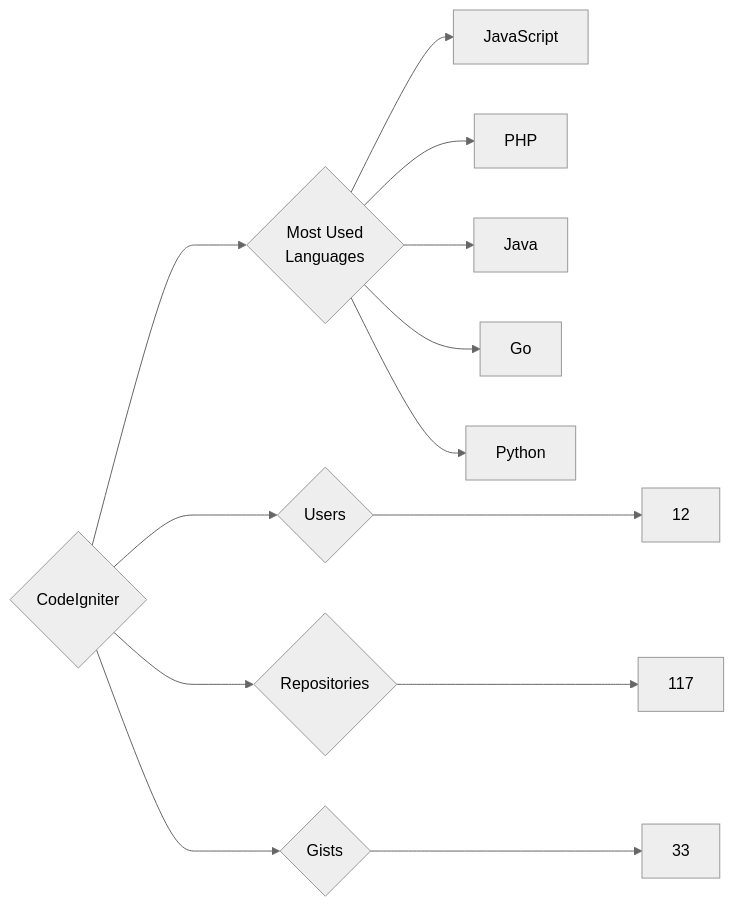
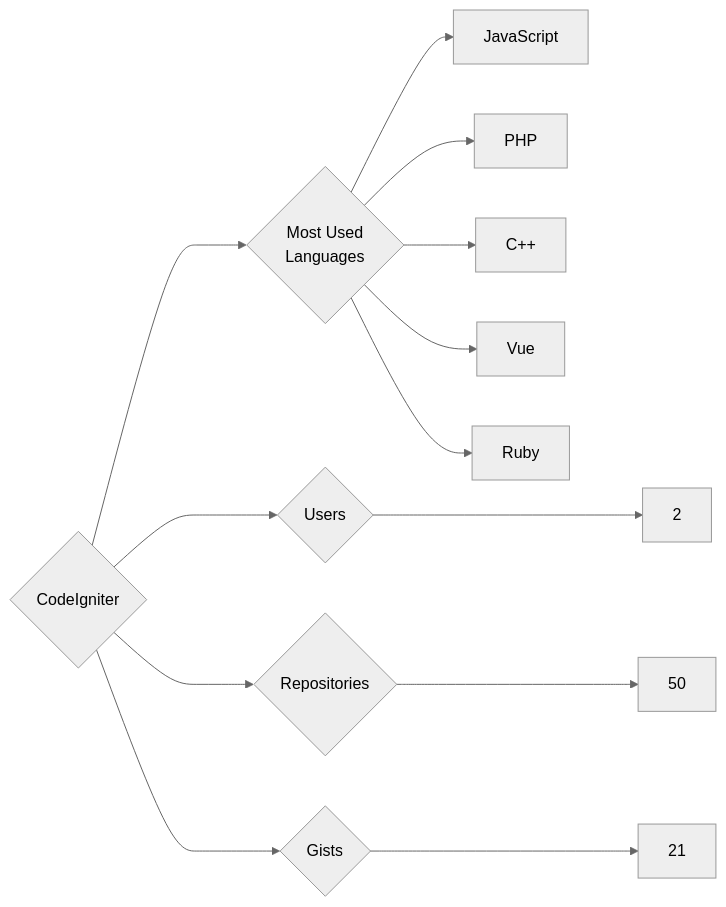
One commit to trickest/insiders changed the diagram in targets/CodeIgniter/README.md. Above: the diagram before and after it, drawn with Mermaid (neutral theme). The commit also changed 860 other files, not shown here.

````diff
--- a/targets/CodeIgniter/README.md
+++ b/targets/CodeIgniter/README.md
@@ -3,13 +3,13 @@
 ```mermaid
 graph LR
 COMPANY_NAME{CodeIgniter}
-COMPANY_NAME ---> U{Users} ---> UN[12]
-COMPANY_NAME ---> R{Repositories} ---> RN[117]
-COMPANY_NAME ---> G{Gists} ---> GN[33]
+COMPANY_NAME ---> U{Users} ---> UN[2]
+COMPANY_NAME ---> R{Repositories} ---> RN[50]
+COMPANY_NAME ---> G{Gists} ---> GN[21]
 COMPANY_NAME ---> ML{Most Used<br>Languages}
 ML --> JavaScript[JavaScript]
 ML --> PHP[PHP]
-ML --> Java[Java]
-ML --> Go[Go]
-ML --> Python[Python]
+ML --> C++[C++]
+ML --> Vue[Vue]
+ML --> Ruby[Ruby]
 ```
````
